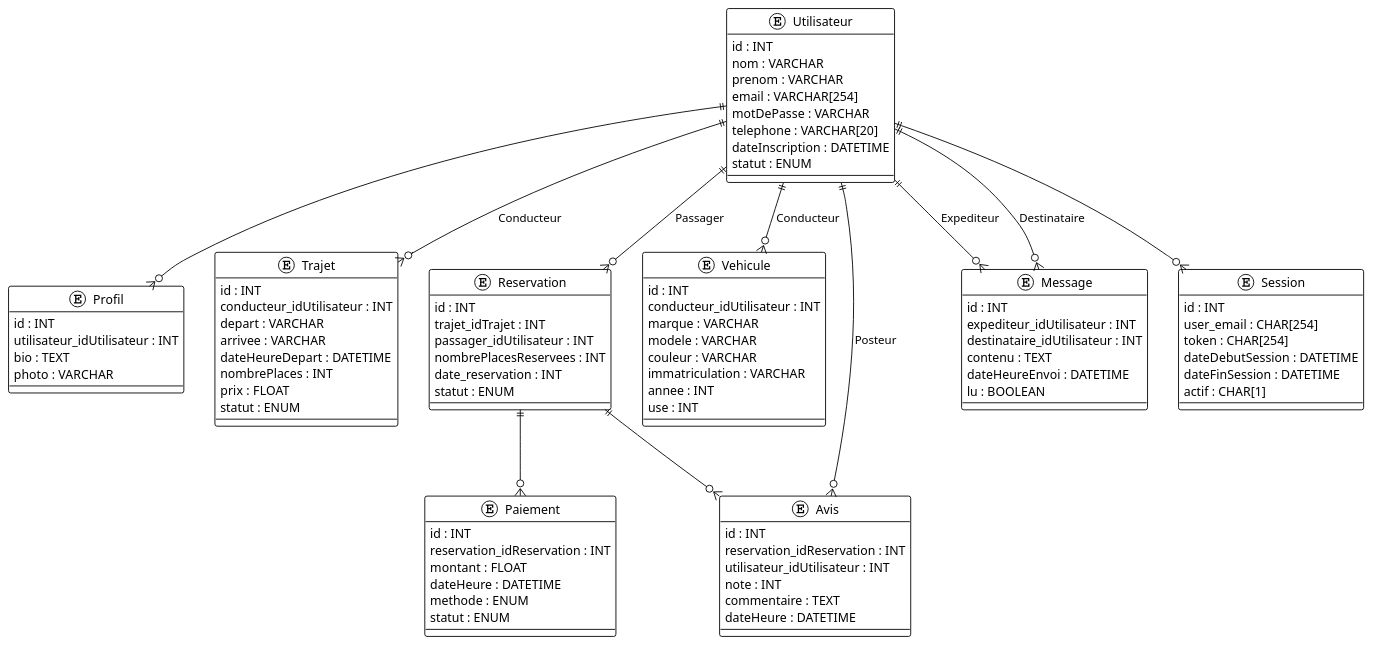
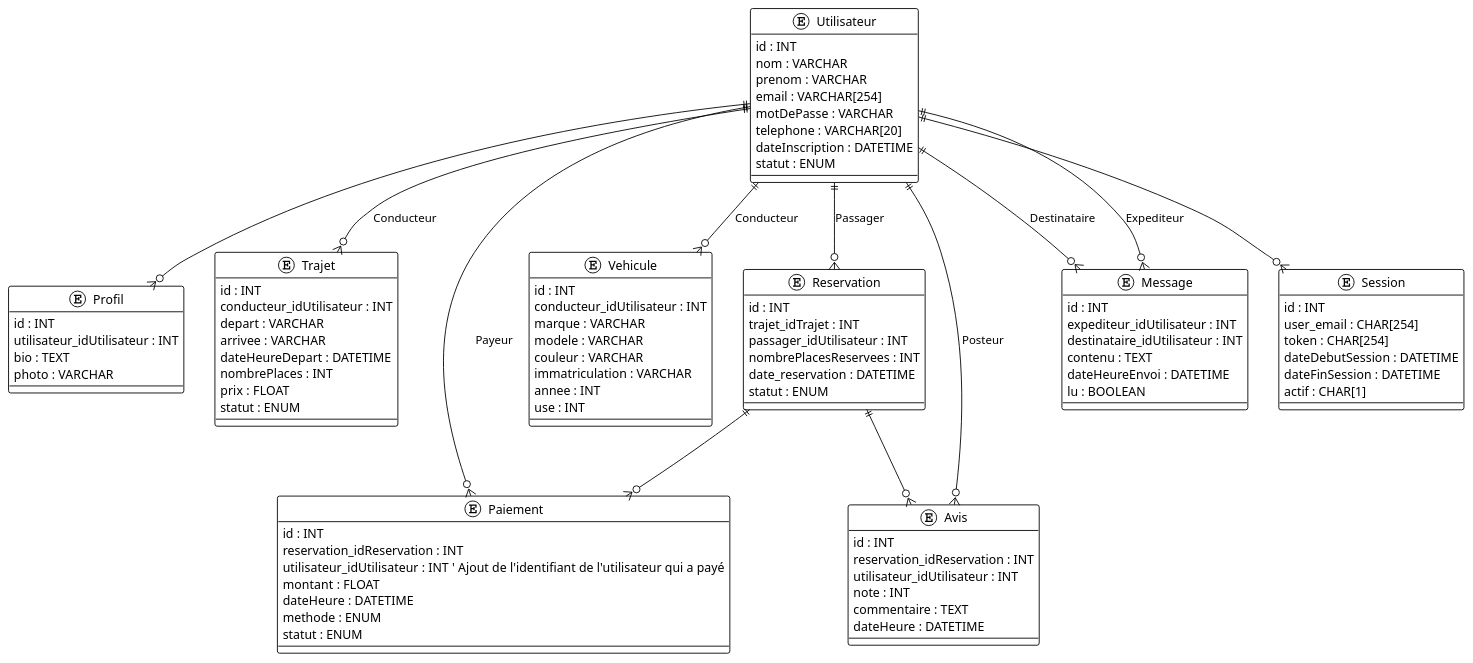
The diagram in SQL/MCD.puml (siyakoub/BokkoBackAPI), drawn with PlantUML before and after one commit. The commit also changed 32 other files, not shown here.

```diff
--- a/SQL/MCD.puml
+++ b/SQL/MCD.puml
@@ -1,102 +1,104 @@
 @startuml
 !theme plain
 
 ' Entités
 entity Utilisateur {
     id : INT
     nom : VARCHAR
     prenom : VARCHAR
     email : VARCHAR[254]
     motDePasse : VARCHAR
     telephone : VARCHAR[20]
     dateInscription : DATETIME
     statut : ENUM
 }
 
 entity Profil {
     id : INT
     utilisateur_idUtilisateur : INT
     bio : TEXT
     photo : VARCHAR
 }
 
 entity Trajet {
     id : INT
     conducteur_idUtilisateur : INT
     depart : VARCHAR
     arrivee : VARCHAR
     dateHeureDepart : DATETIME
     nombrePlaces : INT
     prix : FLOAT
     statut : ENUM
 }
 
 entity Reservation {
     id : INT
     trajet_idTrajet : INT
     passager_idUtilisateur : INT
     nombrePlacesReservees : INT
-    date_reservation : INT
+    date_reservation : DATETIME
     statut : ENUM
 }
 
 entity Vehicule {
     id : INT
     conducteur_idUtilisateur : INT
     marque : VARCHAR
     modele : VARCHAR
     couleur : VARCHAR
     immatriculation : VARCHAR
     annee : INT
     use : INT
 }
 
 entity Paiement {
     id : INT
     reservation_idReservation : INT
+    utilisateur_idUtilisateur : INT  ' Ajout de l'identifiant de l'utilisateur qui a payé
     montant : FLOAT
     dateHeure : DATETIME
     methode : ENUM
     statut : ENUM
 }
 
 entity Avis {
     id : INT
     reservation_idReservation : INT
     utilisateur_idUtilisateur : INT
     note : INT
     commentaire : TEXT
     dateHeure : DATETIME
 }
 
 entity Message {
     id : INT
     expediteur_idUtilisateur : INT
     destinataire_idUtilisateur : INT
     contenu : TEXT
     dateHeureEnvoi : DATETIME
     lu : BOOLEAN
 }
 
 entity Session {
     id : INT
     user_email : CHAR[254]
     token : CHAR[254]
     dateDebutSession : DATETIME
     dateFinSession : DATETIME
     actif : CHAR[1]
 }
 
 ' Relations
 Utilisateur ||--o{ Profil : ""
 Utilisateur ||--o{ Trajet : "Conducteur"
 Utilisateur ||--o{ Reservation : "Passager"
 Utilisateur ||--o{ Vehicule : "Conducteur"
 Reservation ||--o{ Paiement : ""
+Utilisateur ||--o{ Paiement : "Payeur"
 Reservation ||--o{ Avis : ""
 Utilisateur ||--o{ Avis : "Posteur"
 Utilisateur ||--o{ Message : "Expediteur"
 Utilisateur ||--o{ Message : "Destinataire"
 Utilisateur ||--o{ Session : ""
 
 @enduml
```
